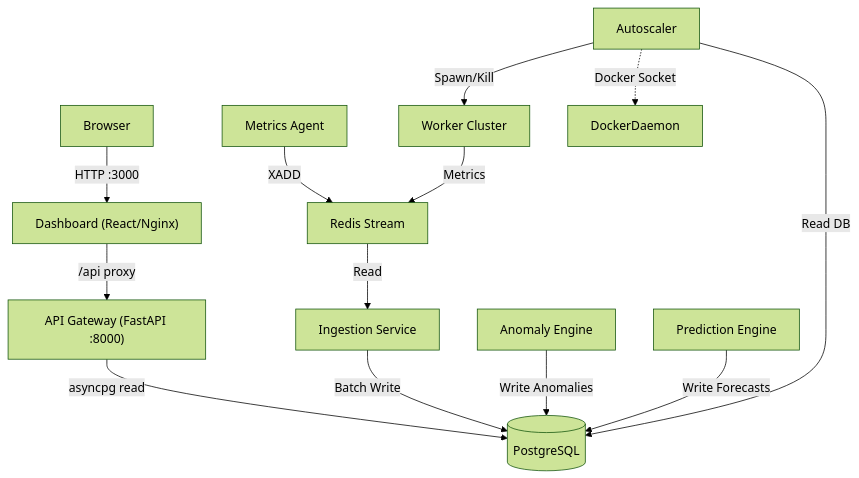
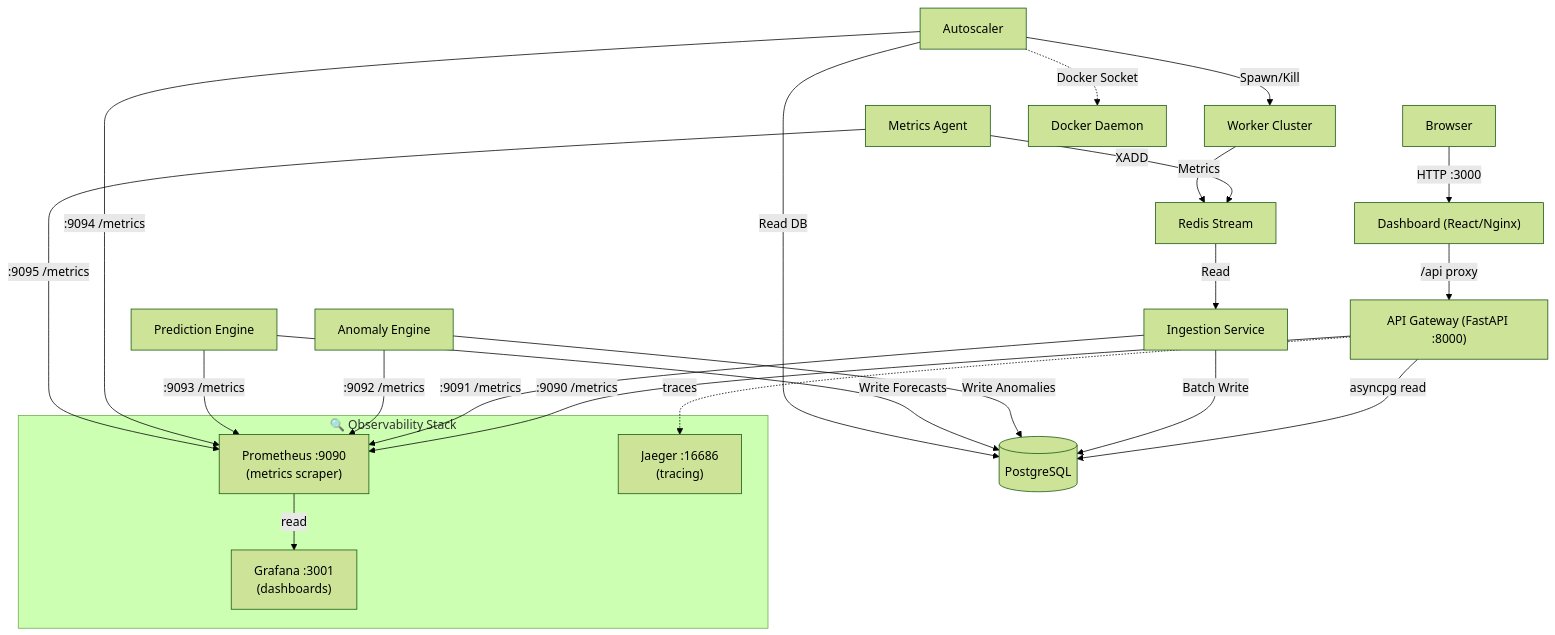
The diagram in README.md (SwetabhSuman-Code/scaleguard-x), drawn with Mermaid (forest theme) before and after one commit. The commit also changed other lines of this file and 49 other files, not shown here.

Commit message:
feat: Enterprise-grade upgrades - Prometheus metrics, Grafana dashboards, structured logging, circuit breakers, data retention, comprehensive documentation

````diff
--- a/README.md
+++ b/README.md
@@ -43,19 +62,35 @@
 ```mermaid
 graph TD;
     Browser[Browser] -->|HTTP :3000| Dashboard["Dashboard (React/Nginx)"];
     Dashboard -->|/api proxy| Gateway["API Gateway (FastAPI :8000)"];
     Gateway -->|asyncpg read| DB[(PostgreSQL)];
     
     Ingestion[Ingestion Service] -->|Batch Write| DB;
     Queue[Redis Stream] -->|Read| Ingestion;
     
     Agent[Metrics Agent] -->|XADD| Queue;
     Workers[Worker Cluster] -->|Metrics| Queue;
     
     Anomaly[Anomaly Engine] -->|Write Anomalies| DB;
     Predict[Prediction Engine] -->|Write Forecasts| DB;
     
     Scaler[Autoscaler] -->|Read DB| DB;
     Scaler -->|Spawn/Kill| Workers;
-    Scaler -.->|Docker Socket| DockerDaemon;
+    Scaler -.->|Docker Socket| DockerDaemon["Docker Daemon"];
+    
+    subgraph Observability["🔍 Observability Stack"]
+        Prometheus["Prometheus :9090<br/>(metrics scraper)"];
+        Grafana["Grafana :3001<br/>(dashboards)"];
+        Jaeger["Jaeger :16686<br/>(tracing)"];
+    end
+    
+    Gateway -->|:9090 /metrics| Prometheus;
+    Ingestion -->|:9091 /metrics| Prometheus;
+    Anomaly -->|:9092 /metrics| Prometheus;
+    Predict -->|:9093 /metrics| Prometheus;
+    Scaler -->|:9094 /metrics| Prometheus;
+    Agent -->|:9095 /metrics| Prometheus;
+    
+    Prometheus -->|read| Grafana;
+    Gateway -.->|traces| Jaeger;
 ```
````
